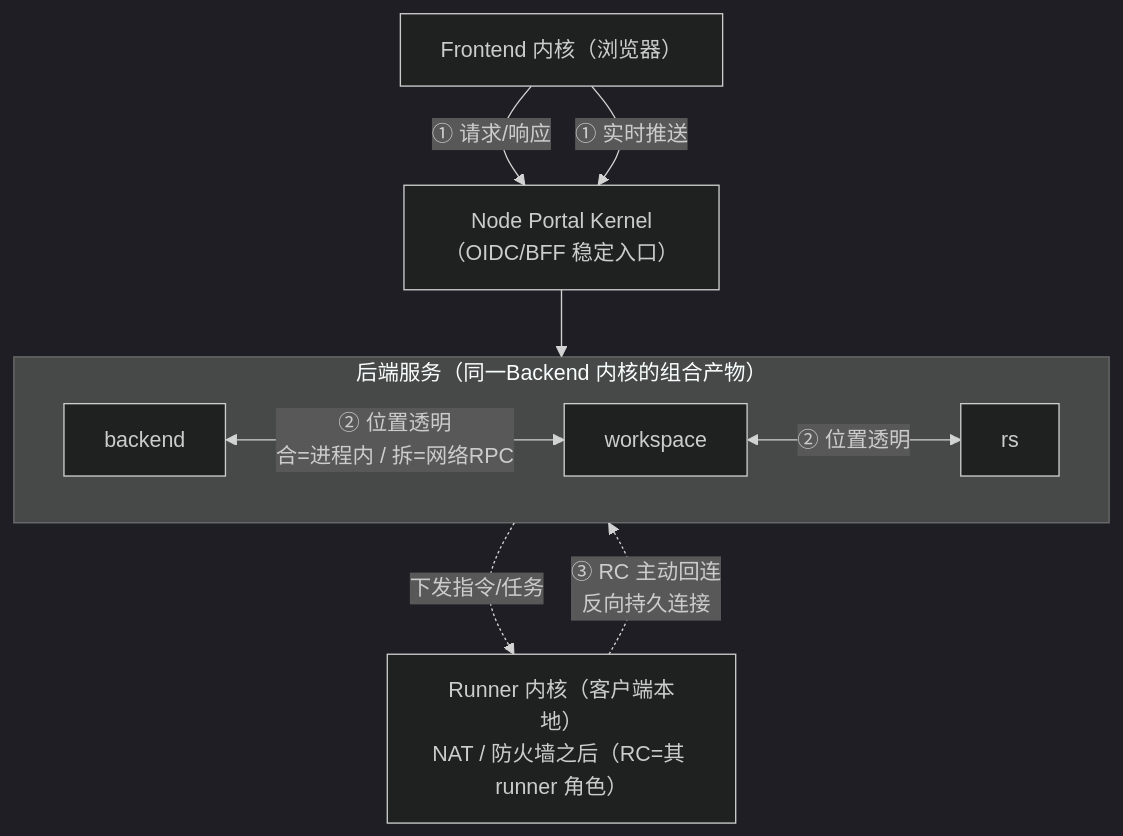
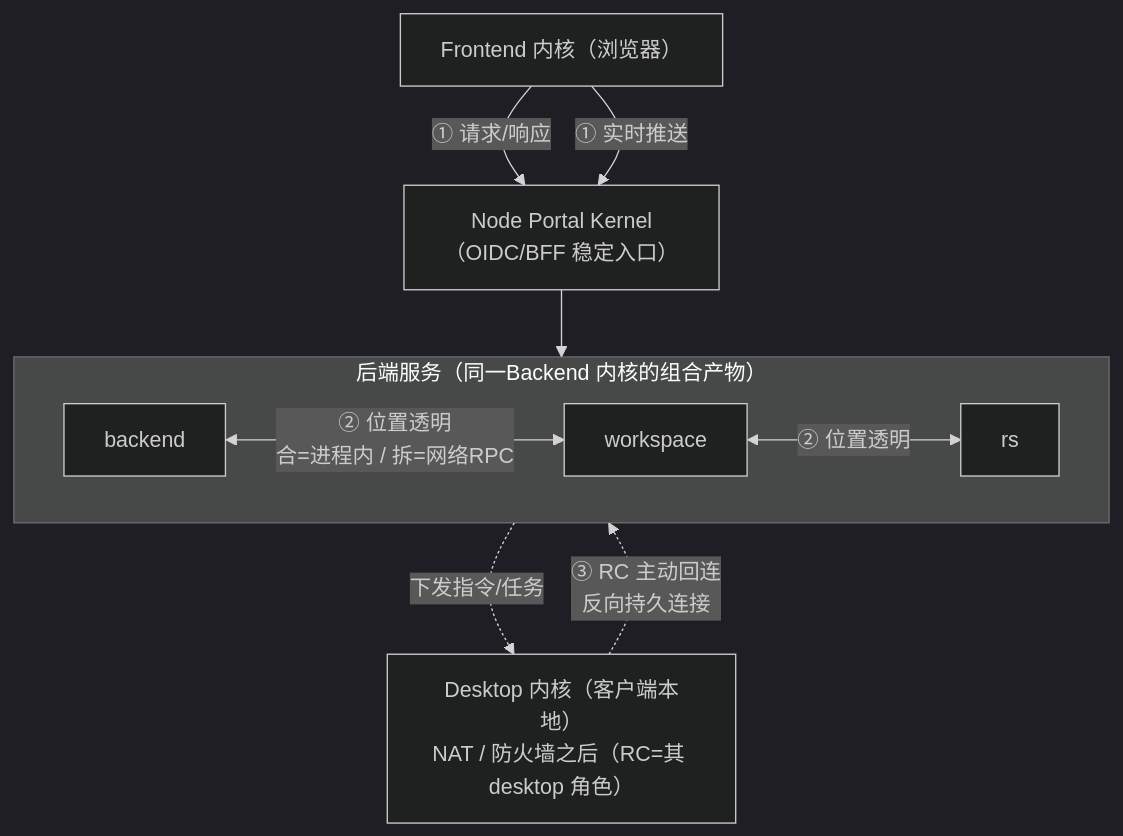
Before and after one commit to yandt/VastPlan: the third of 6 diagrams in docs/dev/architecture/系统架构.md, drawn with Mermaid (dark theme). The commit also changed other lines of this file and 137 other files, not shown here.

First line of the commit message:
refactor(kernel): rename runner kernel to desktop

````diff
--- a/docs/dev/architecture/系统架构.md
+++ b/docs/dev/architecture/系统架构.md
@@ -194,23 +194,23 @@
 ```mermaid
 flowchart TB
   Frontend["Frontend 内核（浏览器）"]
   PortalHost["Node Portal Kernel<br/>（OIDC/BFF 稳定入口）"]
 
   Frontend -->|① 请求/响应| PortalHost
   Frontend -->|① 实时推送| PortalHost
 
   subgraph BE["后端服务（同一Backend 内核的组合产物）"]
     direction LR
     backend["backend"]
     workspace["workspace"]
     rs["rs"]
     backend <-->|② 位置透明<br/>合=进程内 / 拆=网络RPC| workspace
     workspace <-->|② 位置透明| rs
   end
 
   PortalHost --> BE
 
-  RC["Runner 内核（客户端本地）<br/>NAT / 防火墙之后（RC=其 runner 角色）"]
+  RC["Desktop 内核（客户端本地）<br/>NAT / 防火墙之后（RC=其 desktop 角色）"]
   RC -.->|③ RC 主动回连<br/>反向持久连接| rs
   rs -.->|下发指令/任务| RC
 ```
````
